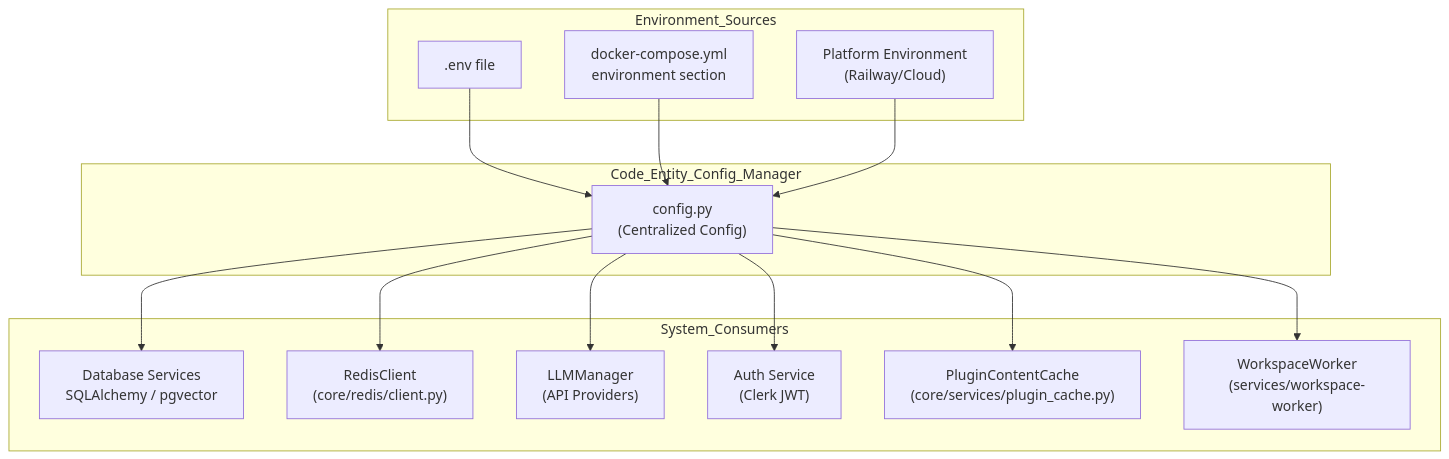
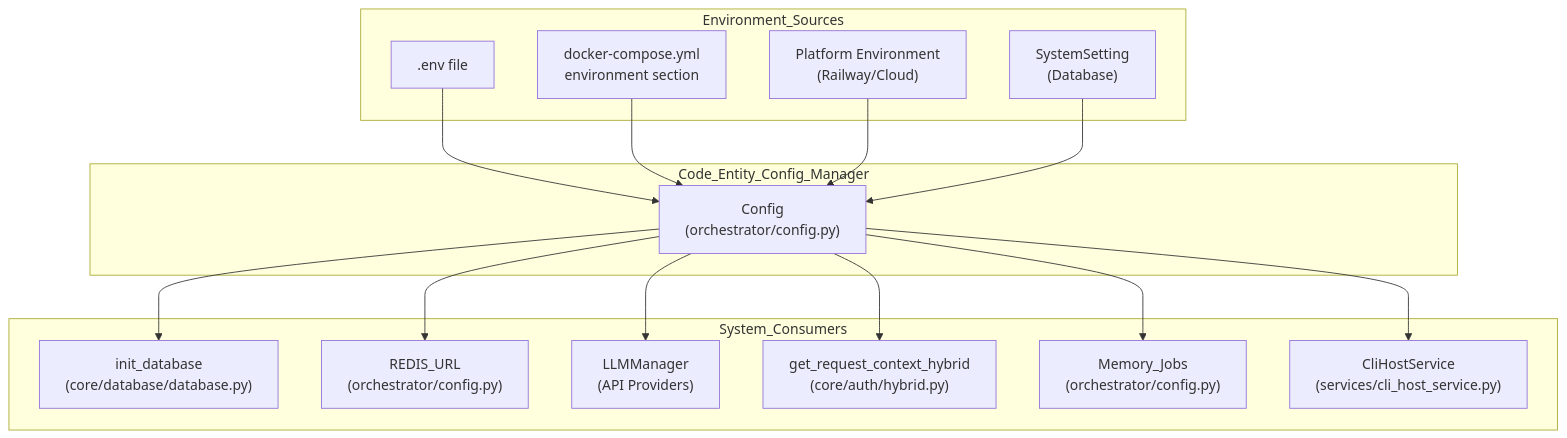
The first of 3 diagrams in docs/deployment-infrastructure/environment-variables.md (AutomatosAI/automatos-ai), drawn with Mermaid before and after one commit. The commit also changed other lines of this file and 191 other files, not shown here.

````diff
--- a/docs/deployment-infrastructure/environment-variables.md
+++ b/docs/deployment-infrastructure/environment-variables.md
@@ -52,32 +61,34 @@
 ```mermaid
 graph TB
     subgraph "Environment_Sources"
         EnvFile[".env file"]
         ComposeEnv["docker-compose.yml<br/>environment section"]
         PlatformEnv["Platform Environment<br/>(Railway/Cloud)"]
+        SystemSettingsDB["SystemSetting<br/>(Database)"]
     end
     
     subgraph "Code_Entity_Config_Manager"
-        ConfigModule["config.py<br/>(Centralized Config)"]
+        ConfigModule["Config<br/>(orchestrator/config.py)"]
     end
     
     EnvFile --> ConfigModule
     ComposeEnv --> ConfigModule
     PlatformEnv --> ConfigModule
+    SystemSettingsDB --> ConfigModule
     
     subgraph "System_Consumers"
-        DB["Database Services<br/>SQLAlchemy / pgvector"]
-        RedisSvc["RedisClient<br/>(core/redis/client.py)"]
+        DB["init_database<br/>(core/database/database.py)"]
+        RedisSvc["REDIS_URL<br/>(orchestrator/config.py)"]
         LLM["LLMManager<br/>(API Providers)"]
-        Auth["Auth Service<br/>(Clerk JWT)"]
-        PluginSvc["PluginContentCache<br/>(core/services/plugin_cache.py)"]
-        WorkspaceWorker["WorkspaceWorker<br/>(services/workspace-worker)"]
+        Auth["get_request_context_hybrid<br/>(core/auth/hybrid.py)"]
+        MemoryJobs["Memory_Jobs<br/>(orchestrator/config.py)"]
+        CliHostService["CliHostService<br/>(services/cli_host_service.py)"]
     end
     
     ConfigModule --> DB
     ConfigModule --> RedisSvc
     ConfigModule --> LLM
     ConfigModule --> Auth
-    ConfigModule --> PluginSvc
-    ConfigModule --> WorkspaceWorker
+    ConfigModule --> MemoryJobs
+    ConfigModule --> CliHostService
 ```
````
